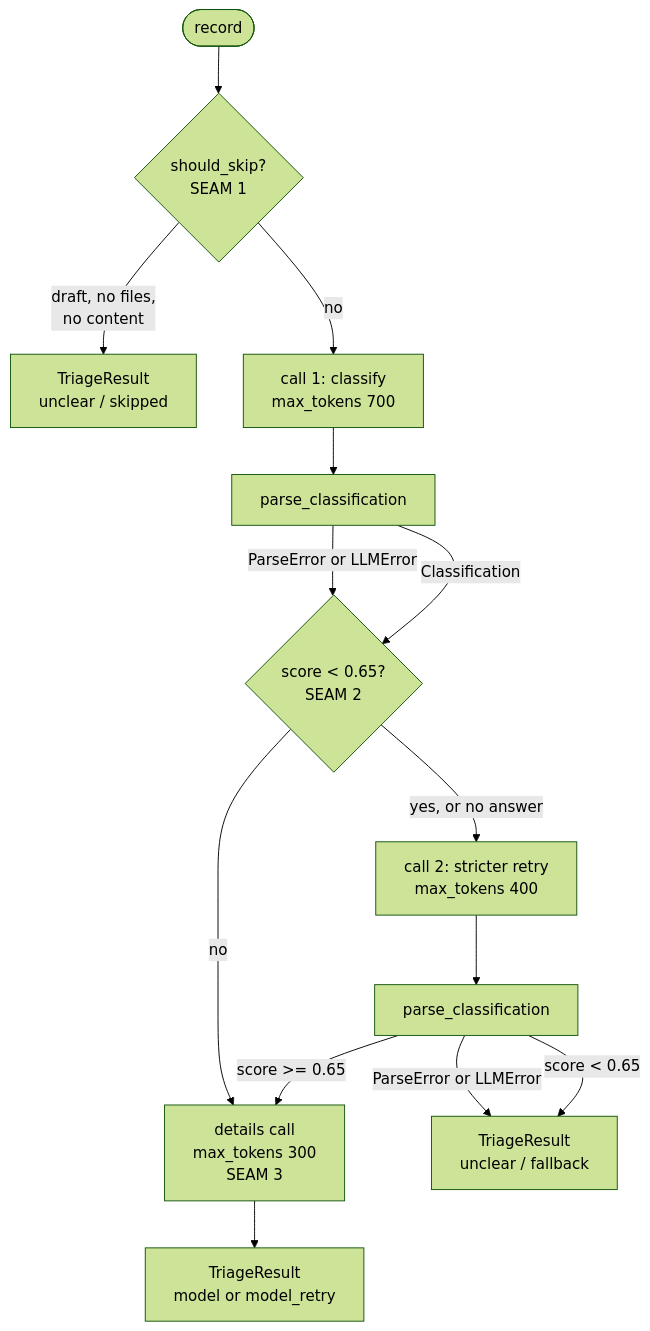
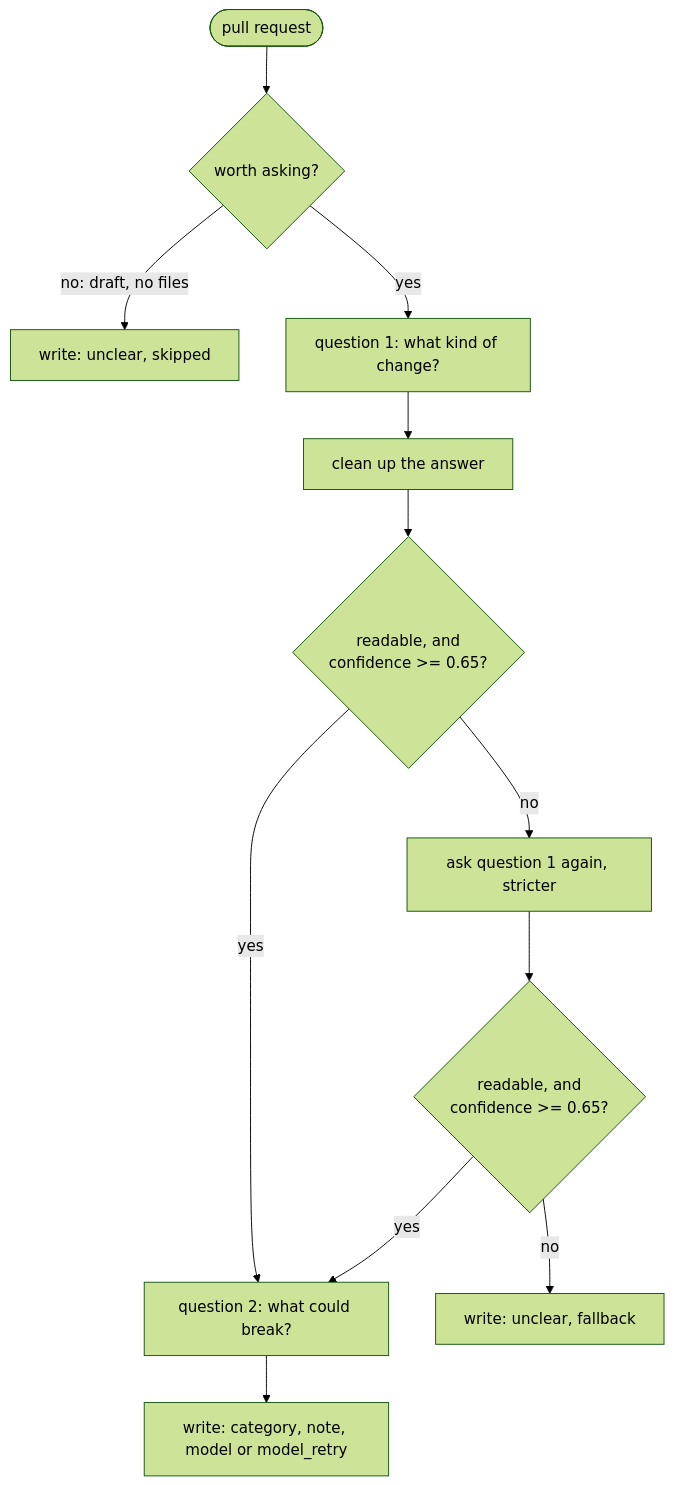
The second of 2 diagrams in docs/architecture.md (pablogd-hashi/rp-ghtriage), drawn with Mermaid (forest theme) before and after one commit. The commit also changed other lines of this file, not shown here.

Commit message:
Making the file more readable, updating diagrams

````diff
--- a/docs/architecture.md
+++ b/docs/architecture.md
@@ -154,16 +293,14 @@
 ```mermaid
 flowchart TB
-    start([record]) --> skip{should_skip?<br/>SEAM 1}
-    skip -->|draft, no files,<br/>no content| skipped[TriageResult<br/>unclear / skipped]
-    skip -->|no| c1[call 1: classify<br/>max_tokens 700]
-    c1 --> parse1[parse_classification]
-    parse1 -->|ParseError or LLMError| gate
-    parse1 -->|Classification| gate{score < 0.65?<br/>SEAM 2}
-    gate -->|no| details
-    gate -->|yes, or no answer| c2[call 2: stricter retry<br/>max_tokens 400]
-    c2 --> parse2[parse_classification]
-    parse2 -->|ParseError or LLMError| fb[TriageResult<br/>unclear / fallback]
-    parse2 -->|score < 0.65| fb
-    parse2 -->|score >= 0.65| details
-    details[details call<br/>max_tokens 300<br/>SEAM 3] --> result[TriageResult<br/>model or model_retry]
+    in([pull request]) --> skip{worth asking?}
+    skip -->|no: draft, no files| skipped[write: unclear, skipped]
+    skip -->|yes| q1[question 1: what kind of change?]
+    q1 --> clean[clean up the answer]
+    clean --> gate{readable, and<br/>confidence >= 0.65?}
+    gate -->|yes| q2[question 2: what could break?]
+    gate -->|no| retry[ask question 1 again, stricter]
+    retry --> gate2{readable, and<br/>confidence >= 0.65?}
+    gate2 -->|yes| q2
+    gate2 -->|no| fb[write: unclear, fallback]
+    q2 --> done[write: category, note, model or model_retry]
 ```
````
